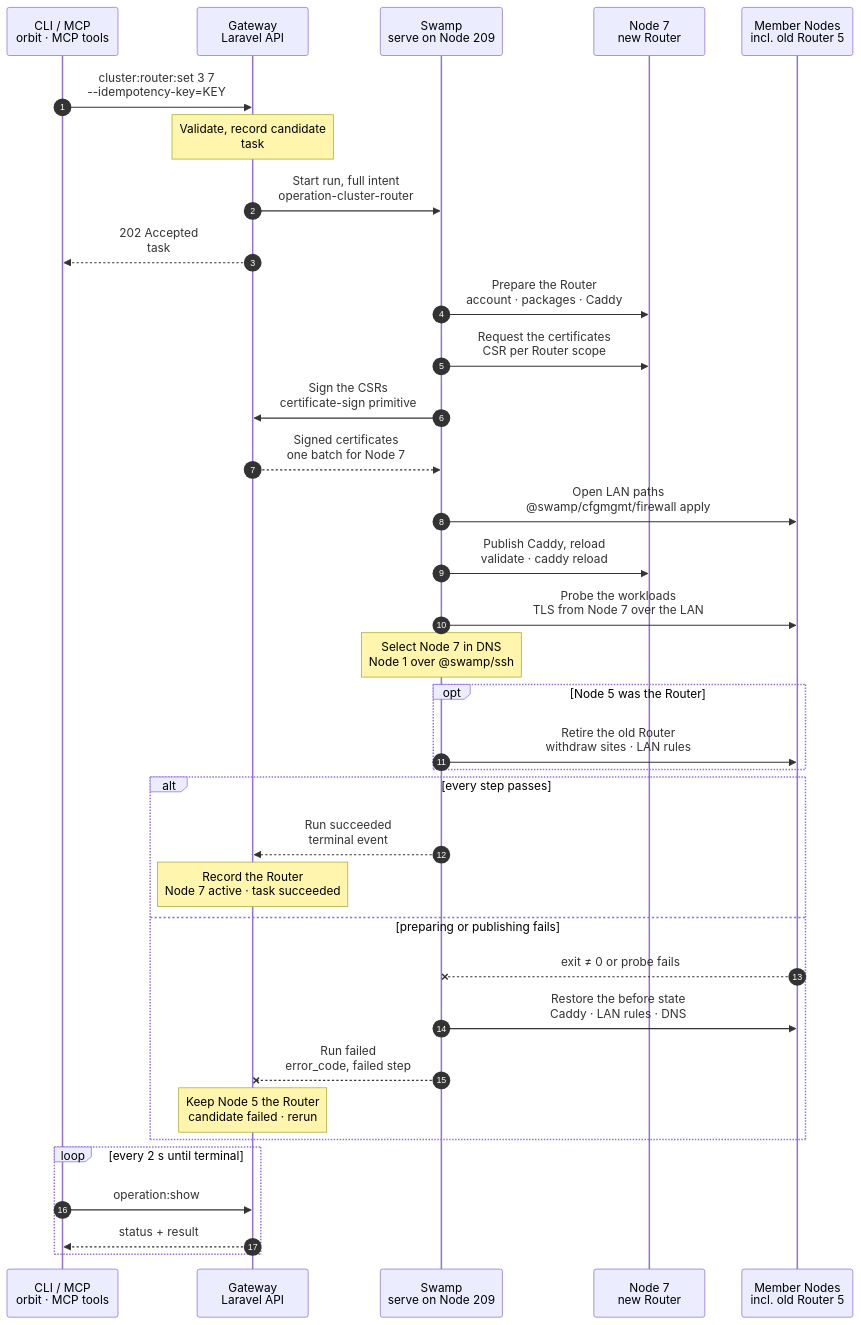
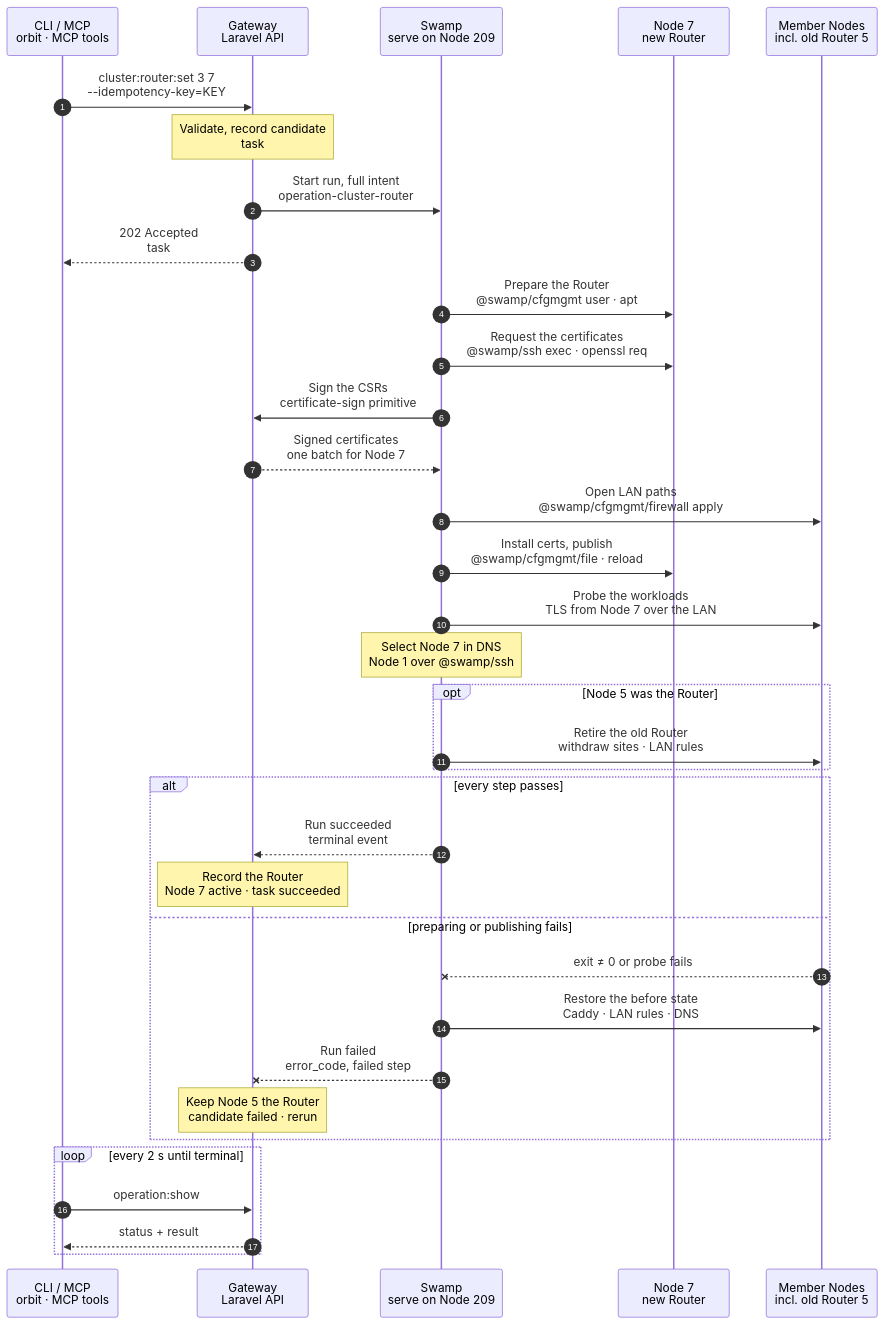
The diagram in docs/cli/cluster/router-set.mmd (hardimpactdev/orbit), drawn with Mermaid before and after one commit.

Commit message:
docs(cli): tighten cluster.router_set chart

```diff
--- a/docs/cli/cluster/router-set.mmd
+++ b/docs/cli/cluster/router-set.mmd
@@ -1,127 +1,130 @@
 sequenceDiagram
   %% Target design: ADR 0244 task, DECISIONS 1 (cert signing is the one step→Gateway call), R2-R4. docs/reference/native-cluster-router.md, docs/cli/cluster.mdx.
+  %% Tightened: flow-tighten 2026-11-02, rules 17, 18, 22 (certificates installed in the publish step, as route:create does; cfgmgmt behaviors named).
   %% status: draft
   %% command: cluster:router:set
   %% kind: cluster.router_set
   autonumber
   %% lane CLI icon=terminal pill=caller tone=gray
   %% lane GW icon=gateway pill=intent tone=blue
   %% lane SW icon=workflow pill=executes tone=green
   %% lane N icon=server pill=target tone=amber
   %% lane M icon=server pill=target tone=purple
   participant CLI as CLI / MCP<br/>orbit · MCP tools
   participant GW as Gateway<br/>Laravel API
   participant SW as Swamp<br/>serve on Node 209
   participant N as Node 7<br/>new Router
   participant M as Member Nodes<br/>incl. old Router 5
   CLI->>GW: cluster:router:set 3 7<br/>--idempotency-key=KEY
   %%> Command:
   %%> - `orbit cluster:router:set 3 7`
   %%> - syntax: `<cluster> <node> [--idempotency-key=KEY] [--json]`
   %%> Input:
   %%> - the Cluster ID and the Node ID of an active member
   %%> What it does:
   %%> - makes Node 7 the Cluster Router: members on the LAN reach Cluster Routes through it, over HTTPS, and ask it for DNS
   %%> - replaces the current Router, Node 5, without a gap
   Note over GW: Validate, record candidate<br/>task #5160 · Cluster lock
   %%> Requirements:
   %%> - your Node has an access grant to Node 7
   %%> - Node 7 is an active member of Cluster 3 with a LAN address (`cluster.router_node_invalid`)
   %%> - no other Router change runs for Cluster 3; the Gateway waits up to 30 seconds, then refuses with `cluster.router_busy`
   %%> - no unfinished replacement from another Router change (`cluster.router_transition_conflict`)
   %%> Builds:
   %%> - the Router's Caddy sites for every Cluster Route, its certificate requests, and the LAN firewall rules
   %%> - the before and after state, so a failure can restore the before state
   %%> Result:
   %%> - Node 7's `router` assignment recorded as pending; Node 5 stays the active Router
   %%> - task #5160 recorded with the full intent
   GW->>SW: Start run, full intent<br/>operation-cluster-router
   %%> What it does:
   %%> - starts one Swamp run on serve (Node 209)
   %%> Inputs:
   %%> - the sites, certificate requests, LAN rules, and old Router assignments
   %%> - the addresses and SSH host keys of Node 7 and every member; the SSH identity comes from the `swamp` role
   GW-->>CLI: 202 Accepted<br/>task #5160
   %%> What you get:
   %%> - the task number, at once
   %%> Next:
   %%> - the CLI follows the task with `operation:show`
-  SW->>N: Prepare the Router<br/>account · packages · Caddy
+  SW->>N: Prepare the Router<br/>@swamp/cfgmgmt user · apt
   %%> How:
   %%> - over SSH from 209 with `@swamp/ssh` and `@swamp/cfgmgmt` behaviors
   %%> What it does:
   %%> - the `router` role setup: the managed account, the required packages and the pinned Caddy package
   %%> - an existing, matching install is left as it is
-  SW->>N: Request the certificates<br/>CSR per Router scope
+  SW->>N: Request the certificates<br/>@swamp/ssh exec · openssl req
   %%> What it does:
   %%> - makes a key and a CSR on Node 7 for each Cluster Route domain that changed
   %%> - the private keys never leave Node 7
   SW->>GW: Sign the CSRs<br/>certificate-sign primitive
   %%> Why a call to the Gateway:
   %%> - certificate signing is the one allowed step→Gateway call; the Orbit CA stays in the Gateway
   GW-->>SW: Signed certificates<br/>one batch for Node 7
   %%> Returns:
   %%> - the signed certificates; Swamp installs them on Node 7
   SW->>M: Open LAN paths<br/>@swamp/cfgmgmt/firewall apply
   %%> What it does:
   %%> - on Node 7: allows 443/tcp and 53/tcp+udp from each eligible member's LAN address
   %%> - on each workload member: allows Node 7's LAN address to its Route ports
   %%> - identical lines are left as they are
-  SW->>N: Publish Caddy, reload<br/>validate · caddy reload
+  %%> - one `forEach` over the members; it runs beside the certificate request, since neither needs the other
+  SW->>N: Install certs, publish<br/>@swamp/cfgmgmt/file · reload
   %%> What it does:
+  %%> - installs the signed certificates next to their keys and writes the Router site list with `@swamp/cfgmgmt/file`, in one step as `route:create` does
   %%> - validates the full Router site list, then reloads the running Caddy; no restart
   SW->>M: Probe the workloads<br/>TLS from Node 7 over the LAN
   %%> What it does:
   %%> - checks from Node 7 that every Cluster Route's workload answers with a valid certificate
   %%> Why:
   %%> - Node 7 only becomes the Router when it can serve every Route
   Note over SW: Select Node 7 in DNS<br/>Node 1 over @swamp/ssh
   %%> What it does:
   %%> - private DNS answers members' Cluster names with Node 7's LAN address, then waits the 31-second DNS grace
   %%> How:
   %%> - over SSH from 209 to the VPN Node (Node 1), with the `swamp` role's key
   opt Node 5 was the Router
     SW->>M: Retire the old Router<br/>withdraw sites · LAN rules
     %%> When:
     %%> - only when the run replaces a Router, after the DNS grace
     %%> What it does:
     %%> - removes the Router sites and certificates from Node 5 and reloads its Caddy
     %%> - removes the LAN rules that only Node 5 needed; it never removes WireGuard baseline rules
     %%> If it fails:
     %%> - Node 7 stays the Router; the old assignment stays recorded as unfinished, and a rerun finishes it
   end
   alt every step passes
     SW-->>GW: Run succeeded<br/>terminal event
     %%> How the Gateway learns it:
     %%> - its shared run reader sees the terminal event; Swamp never calls the Gateway
     Note over GW: Record the Router<br/>Node 7 active · task succeeded
     %%> Result:
     %%> - Node 7's `router` assignment becomes active; Node 5's is deleted
     %%> - task #5160 succeeds
   else preparing or publishing fails
     M--xSW: exit ≠ 0 or probe fails
     %%> When:
     %%> - a setup, certificate, firewall or Caddy step fails, or a workload probe fails
     SW->>M: Restore the before state<br/>Caddy · LAN rules · DNS
     %%> What it does:
     %%> - puts back the captured Caddy, firewall and DNS state, so Node 5 keeps serving
     SW--xGW: Run failed<br/>error_code, failed step
     %%> The Gateway reads:
     %%> - which step failed, its error code, and whether the restore passed
     Note over GW: Keep Node 5 the Router<br/>candidate failed · rerun
     %%> Result:
     %%> - Node 7's assignment is marked failed; Node 5 stays the active Router
     %%> - task #5160 fails
     %%> On the Node:
     %%> - packages and Caddy on Node 7 stay; that is harmless
     %%> Retry:
     %%> - run the same command again after fixing the cause
   end
   loop every 2 s until terminal
     CLI->>GW: operation:show #5160
     %%> What it does:
     %%> - asks for the task's status every 2 seconds until it has ended
     GW-->>CLI: status + result
     %%> Returns:
     %%> - the current status, and the result once the task has ended
   end
```
